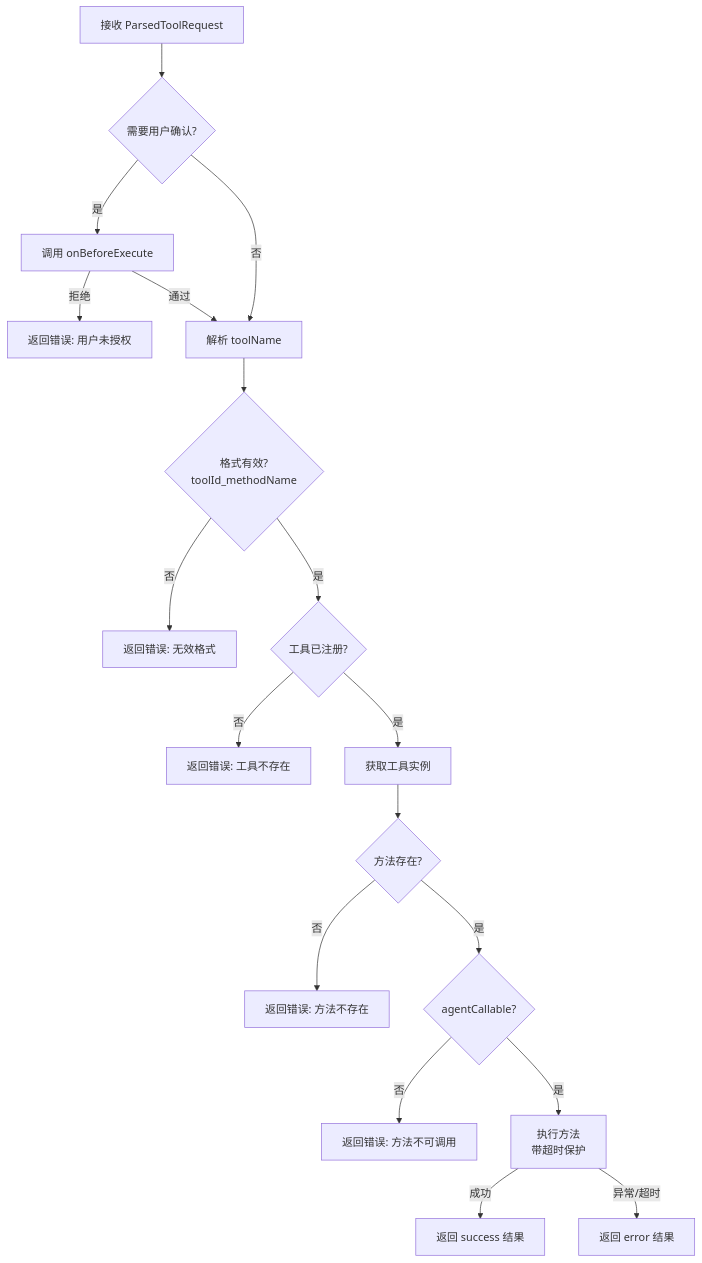
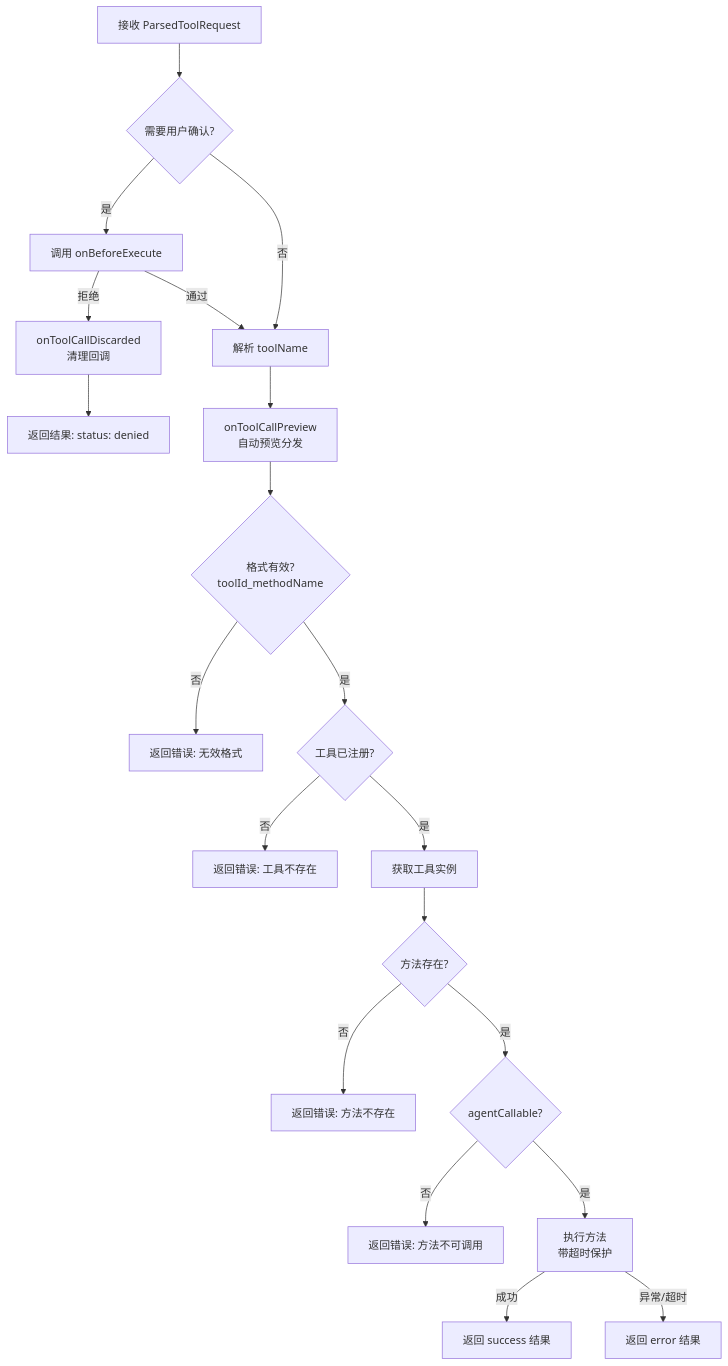
Before and after one commit to miaotouy/aio-hub: the second of 3 diagrams in src/tools/tool-calling/ARCHITECTURE.md, drawn with Mermaid. The commit also changed other lines of this file, not shown here.

Commit message:
docs(tool-calling): 更新架构文档以反映执行流程的细化
本次更新旨在使架构文档与工具调用执行器的实际实现细节保持同步，特别是关于用户拒绝和自动预览流程的澄清。

- 在流程图和文档中明确 `rejected` 状态会触发 `onToolCallDiscarded` 回调并返回 `denied` 状态
- 在流程图中新增 `onToolCallPreview` 步骤，并添加关于自动预览功能的说明
- 更新执行流程图，更清晰地展示用户拒绝和自动预览的分支逻辑

````diff
--- a/src/tools/tool-calling/ARCHITECTURE.md
+++ b/src/tools/tool-calling/ARCHITECTURE.md
@@ -268,25 +268,27 @@
 ```mermaid
 flowchart TD
     A[接收 ParsedToolRequest] --> B{需要用户确认?}
     B -- 是 --> C[调用 onBeforeExecute]
-    C -- 拒绝 --> ERR1[返回错误: 用户未授权]
+    C -- 拒绝 --> DIS[onToolCallDiscarded<br/>清理回调]
+    DIS --> ERR1[返回结果: status: denied]
     C -- 通过 --> D
     B -- 否 --> D[解析 toolName]
 
-    D --> E{格式有效?<br/>toolId_methodName}
+    D --> PRE[onToolCallPreview<br/>自动预览分发]
+    PRE --> E{格式有效?<br/>toolId_methodName}
     E -- 否 --> ERR2[返回错误: 无效格式]
     E -- 是 --> F{工具已注册?}
 
     F -- 否 --> ERR3[返回错误: 工具不存在]
     F -- 是 --> G[获取工具实例]
     G --> H{方法存在?}
 
     H -- 否 --> ERR4[返回错误: 方法不存在]
     H -- 是 --> I{agentCallable?}
 
     I -- 否 --> ERR5[返回错误: 方法不可调用]
     I -- 是 --> J[执行方法<br/>带超时保护]
 
     J -- 成功 --> K[返回 success 结果]
     J -- 异常/超时 --> ERR6[返回 error 结果]
 ```
````
